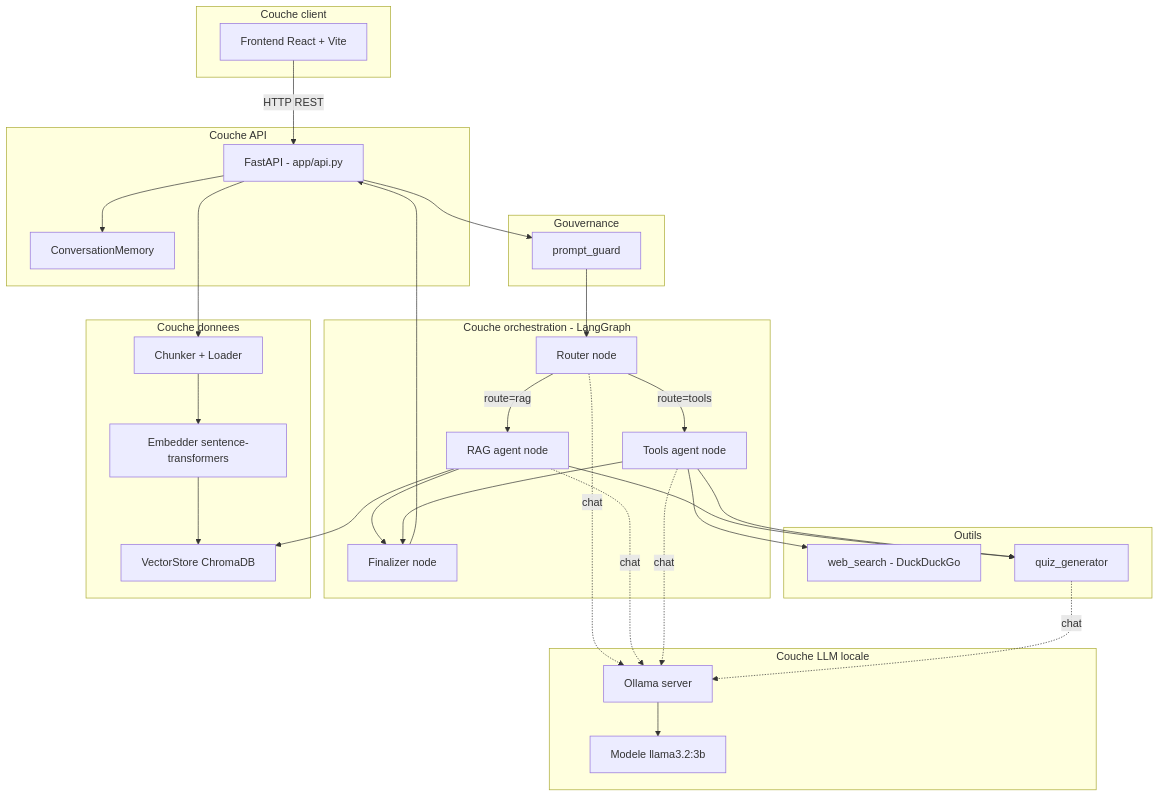
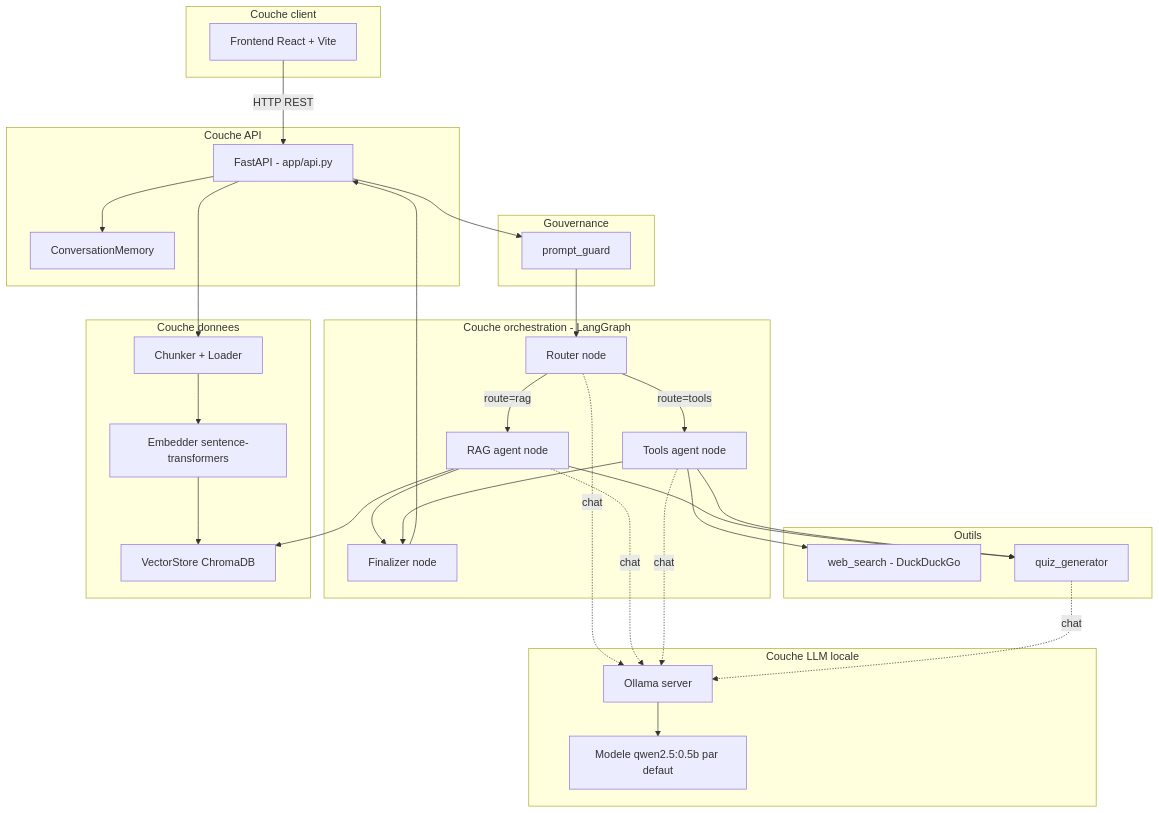
One commit to MBoukhatem/quizz-cours-IA changed the second of 5 diagrams in docs/architecture.md. Above: the diagram before and after it, drawn with Mermaid. The commit also changed other lines of this file and 5 other files, not shown here.

````diff
--- a/docs/architecture.md
+++ b/docs/architecture.md
@@ -45,62 +45,62 @@
 ```mermaid
 flowchart TB
     subgraph Client[Couche client]
         UI[Frontend React + Vite]
     end
 
     subgraph API[Couche API]
         FAPI[FastAPI - app/api.py]
         MEM[ConversationMemory]
     end
 
     subgraph Orchestration[Couche orchestration - LangGraph]
         ROUTER[Router node]
         RAG[RAG agent node]
         TOOLS[Tools agent node]
         FIN[Finalizer node]
     end
 
     subgraph Tools[Outils]
         WS[web_search - DuckDuckGo]
         QG[quiz_generator]
     end
 
     subgraph Donnees[Couche donnees]
         CHUNK[Chunker + Loader]
         EMB[Embedder sentence-transformers]
         VS[VectorStore ChromaDB]
     end
 
     subgraph LLM[Couche LLM locale]
         OLL[Ollama server]
-        MOD[Modele llama3.2:3b]
+        MOD[Modele qwen2.5:0.5b par defaut]
     end
 
     subgraph Securite[Gouvernance]
         PG[prompt_guard]
     end
 
     UI -->|HTTP REST| FAPI
     FAPI --> PG
     PG --> ROUTER
     FAPI --> MEM
     FAPI --> CHUNK
     CHUNK --> EMB
     EMB --> VS
 
     ROUTER -->|route=rag| RAG
     ROUTER -->|route=tools| TOOLS
     RAG --> VS
     RAG --> QG
     TOOLS --> WS
     TOOLS --> QG
     RAG --> FIN
     TOOLS --> FIN
     FIN --> FAPI
 
     ROUTER -.->|chat| OLL
     RAG -.->|chat| OLL
     TOOLS -.->|chat| OLL
     QG -.->|chat| OLL
     OLL --> MOD
 ```
````
